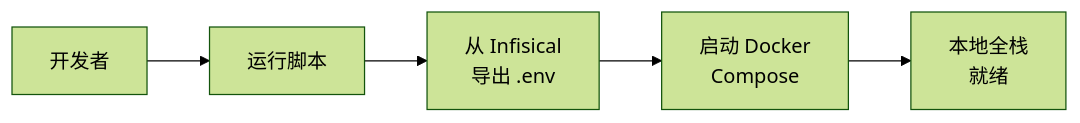
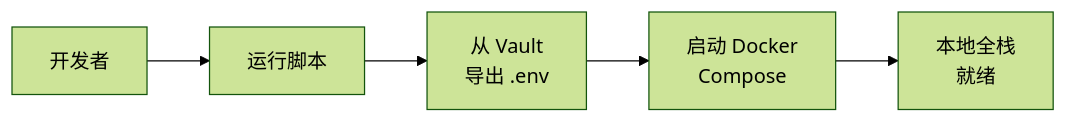
Before and after one commit to wangzitian0/PEG-scaner: the second of 4 diagrams in docs/origin/BRN-007.app_env_design.md, drawn with Mermaid (forest theme). The commit also changed other lines of this file and 12 other files, not shown here.

Commit message:
docs: replace Infisical with Vault (#14)

````diff
--- a/docs/origin/BRN-007.app_env_design.md
+++ b/docs/origin/BRN-007.app_env_design.md
@@ -68,7 +68,7 @@
 ```mermaid
 graph LR
     A[开发者] --> B[运行脚本]
-    B --> C[从 Infisical<br/>导出 .env]
+    B --> C[从 Vault<br/>导出 .env]
     C --> D[启动 Docker<br/>Compose]
     D --> E[本地全栈<br/>就绪]
 ```
````
